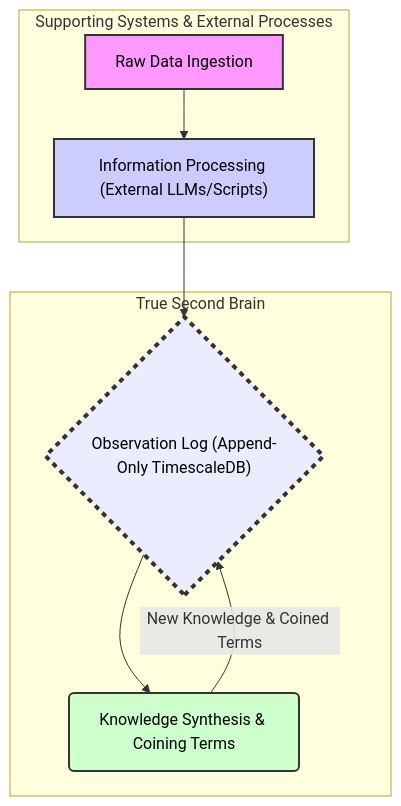
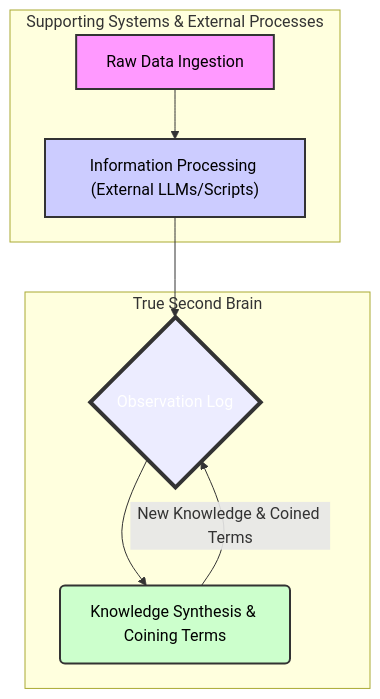
The diagram in updates/build-log/building-use-cases-second-brain.md (dwarvesf/brainery), drawn with Mermaid before and after one commit.

Commit message:
fix: mermaid diagram styles

````diff
--- a/updates/build-log/building-use-cases-second-brain.md
+++ b/updates/build-log/building-use-cases-second-brain.md
@@ -31,22 +31,22 @@
 ```mermaid
 graph TD
     A["Raw Data Ingestion"] --> B["Information Processing (External LLMs/Scripts)"];
-    B --> C{"Observation Log (Append-Only TimescaleDB)"};
+    B --> C{"Observation Log"};
     C --> D("Knowledge Synthesis & Coining Terms");
     D -- "New Knowledge & Coined Terms" --> C;
     subgraph "True Second Brain"
         C
         D
     end
 
     subgraph "Supporting Systems & External Processes"
         A
         B
     end
 
     %% Styling for clarity (optional, but helps)
     style A fill:#f9f,stroke:#333,stroke-width:2px,color:black
     style B fill:#ccf,stroke:#333,stroke-width:2px,color:black
-    style C fill:#lightgrey,stroke:#333,stroke-width:4px,stroke-dasharray: 5 5,color:black
+    style C fill:#lightgrey,stroke:#333,stroke-width:4px,color:white
     style D fill:#cfc,stroke:#333,stroke-width:2px,color:black
 ```
````
